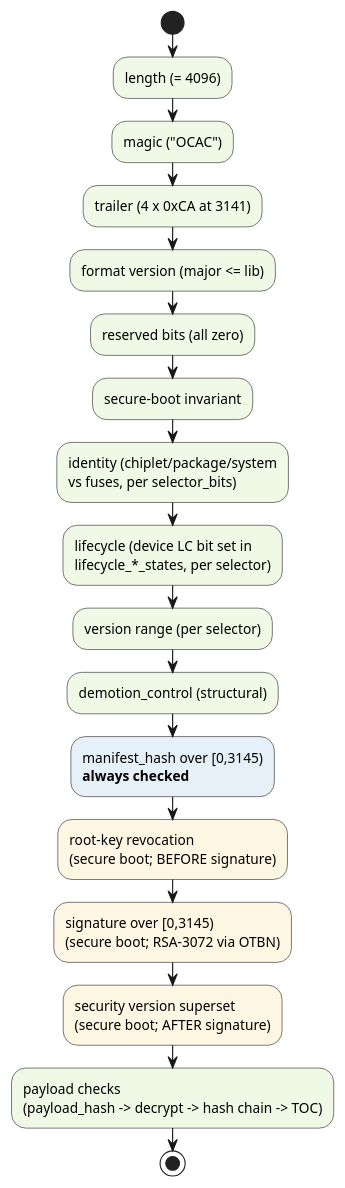
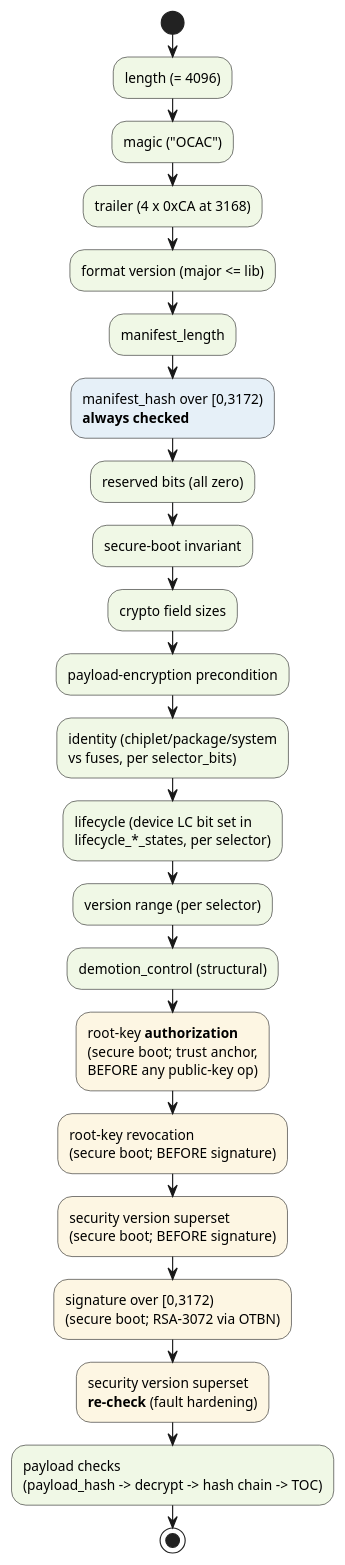
Before and after one commit to tenstorrent/tt-oca-harness: the eighth of 15 diagrams in hw/sys/sep/doc/rom.adoc, drawn with PlantUML. The commit also changed other lines of this file and 10 other files, not shown here.

```diff
--- a/hw/sys/sep/doc/rom.adoc
+++ b/hw/sys/sep/doc/rom.adoc
@@ -1461,30 +1466,38 @@
 [plantuml,manifest-validate-order,svg]
 ----
 @startuml
 skinparam ActivityBackgroundColor #f0f8e6
 start
 :length (= 4096);
 :magic ("OCAC");
-:trailer (4 x 0xCA at 3141);
+:trailer (4 x 0xCA at 3168);
 :format version (major <= lib);
+:manifest_length;
+#e6f0f8:manifest_hash over [0,3172)
+**always checked**;
 :reserved bits (all zero);
 :secure-boot invariant;
+:crypto field sizes;
+:payload-encryption precondition;
 :identity (chiplet/package/system
 vs fuses, per selector_bits);
 :lifecycle (device LC bit set in
 lifecycle_*_states, per selector);
 :version range (per selector);
 :demotion_control (structural);
-#e6f0f8:manifest_hash over [0,3145)
-**always checked**;
+#fdf6e3:root-key **authorization**
+(secure boot; trust anchor,
+BEFORE any public-key op);
 #fdf6e3:root-key revocation
 (secure boot; BEFORE signature);
-#fdf6e3:signature over [0,3145)
+#fdf6e3:security version superset
+(secure boot; BEFORE signature);
+#fdf6e3:signature over [0,3172)
 (secure boot; RSA-3072 via OTBN);
 #fdf6e3:security version superset
-(secure boot; AFTER signature);
+**re-check** (fault hardening);
 :payload checks
 (payload_hash -> decrypt -> hash chain -> TOC);
 stop
 @enduml
 ----
```
